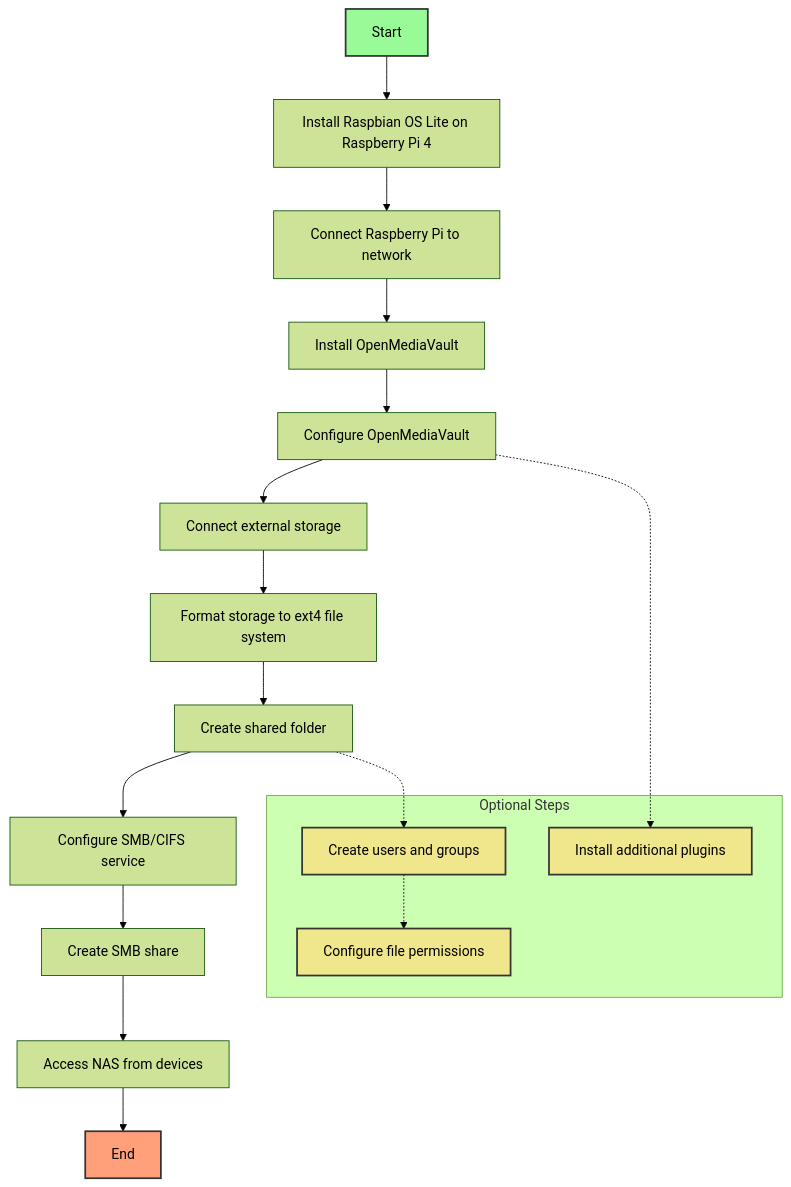
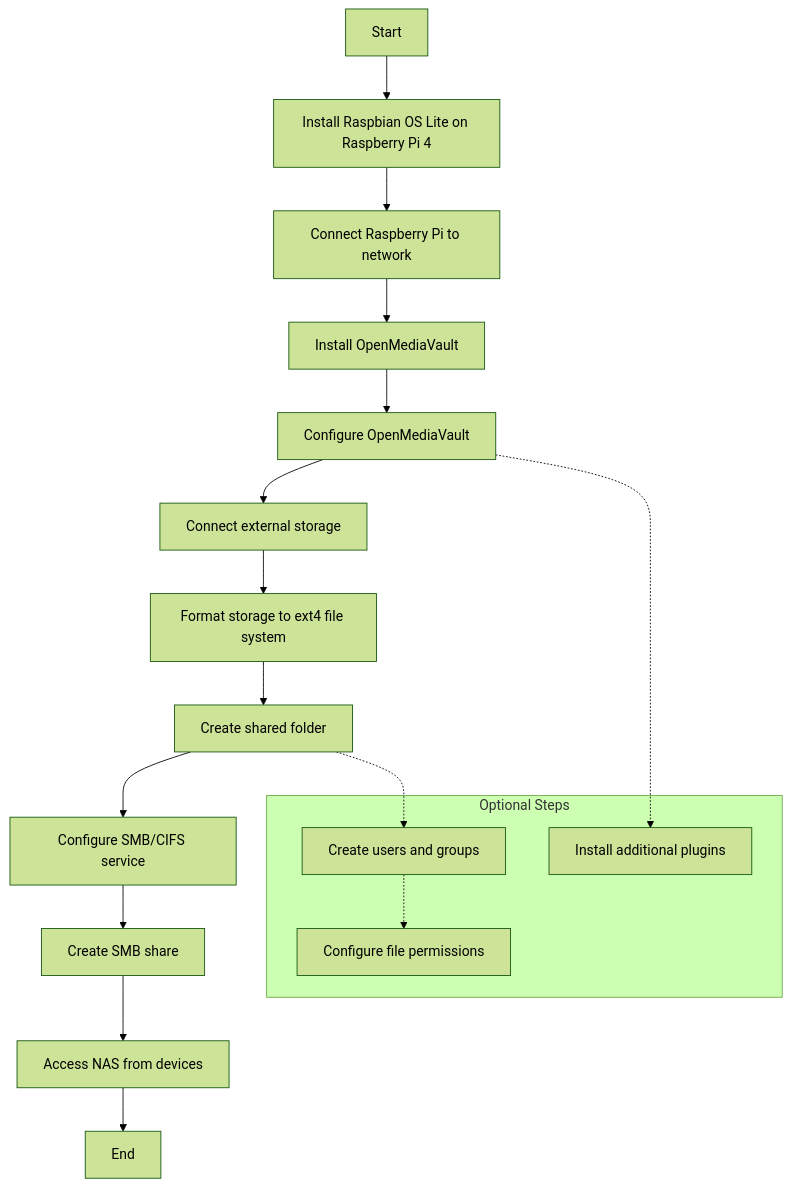
Before and after one commit to tasnimzotder/portfolio: the diagram in src/content/21.open-media-vault-setup-raspberry-pi.mdx, drawn with Mermaid (forest theme). The commit also changed 18 other files, not shown here.

````diff
--- a/src/content/21.open-media-vault-setup-raspberry-pi.mdx
+++ b/src/content/21.open-media-vault-setup-raspberry-pi.mdx
@@ -20,30 +20,24 @@
 ```mermaid
 graph TD
     A[Start] --> B[Install Raspbian OS Lite on Raspberry Pi 4]
     B --> C[Connect Raspberry Pi to network]
     C --> D[Install OpenMediaVault]
     D --> E[Configure OpenMediaVault]
     E --> F[Connect external storage]
     F --> G[Format storage to ext4 file system]
     G --> H[Create shared folder]
     H --> I[Configure SMB/CIFS service]
     I --> J[Create SMB share]
     J --> K[Access NAS from devices]
     K --> L[End]
 
     subgraph "Optional Steps"
         M[Create users and groups]
         N[Configure file permissions]
         O[Install additional plugins]
     end
 
     H -.-> M
     M -.-> N
     E -.-> O
-
-    style A fill:#98FB98,stroke:#333,stroke-width:2px
-    style L fill:#FFA07A,stroke:#333,stroke-width:2px
-    style M fill:#F0E68C,stroke:#333,stroke-width:2px
-    style N fill:#F0E68C,stroke:#333,stroke-width:2px
-    style O fill:#F0E68C,stroke:#333,stroke-width:2px
 ```
````
